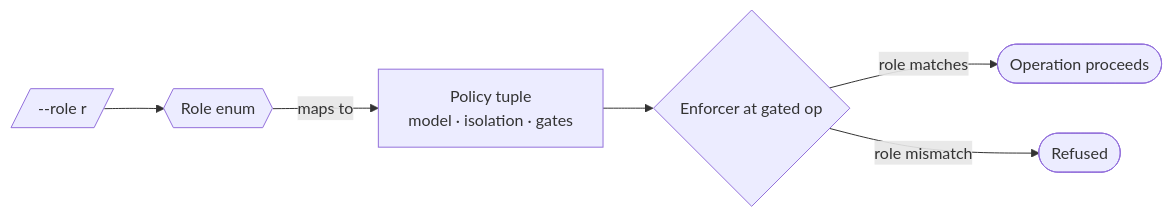
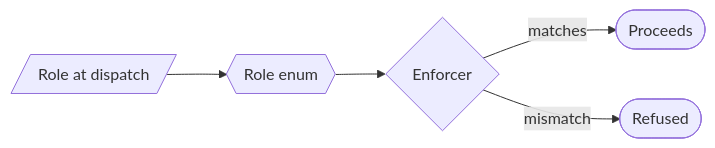
One commit to davisjam/agent-governance-mechanisms changed the diagram in book/appendix-fills/agent/role-typed-dispatch.md. Above: the diagram before and after it, drawn with Mermaid. The commit also changed other lines of this file and 21 other files, not shown here.

````diff
--- a/book/appendix-fills/agent/role-typed-dispatch.md
+++ b/book/appendix-fills/agent/role-typed-dispatch.md
@@ -31,8 +31,7 @@
 ```mermaid
 flowchart LR
-  Dispatch[/--role r/] --> Enum{{Role enum}}
-  Enum -->|maps to| Tuple["Policy tuple<br/>model · isolation · gates"]
-  Tuple --> Enforcer{Enforcer at gated op}
-  Enforcer -->|role matches| Run([Operation proceeds])
-  Enforcer -->|role mismatch| Deny([Refused])
+  Dispatch[/Role at dispatch/] --> Enum{{Role enum}}
+  Enum --> Gate{Enforcer}
+  Gate -->|matches| Run([Proceeds])
+  Gate -->|mismatch| Deny([Refused])
 ```
````
